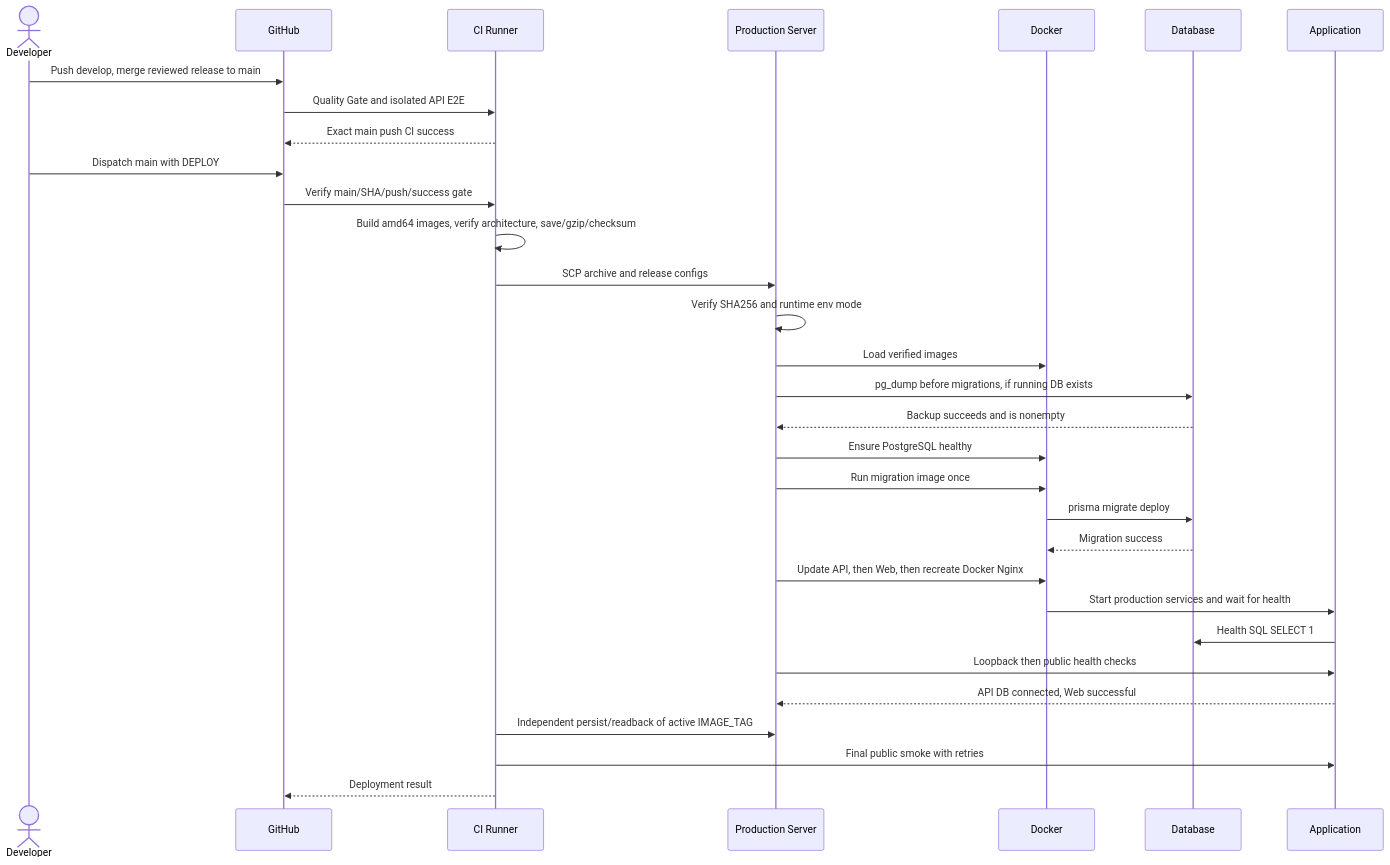
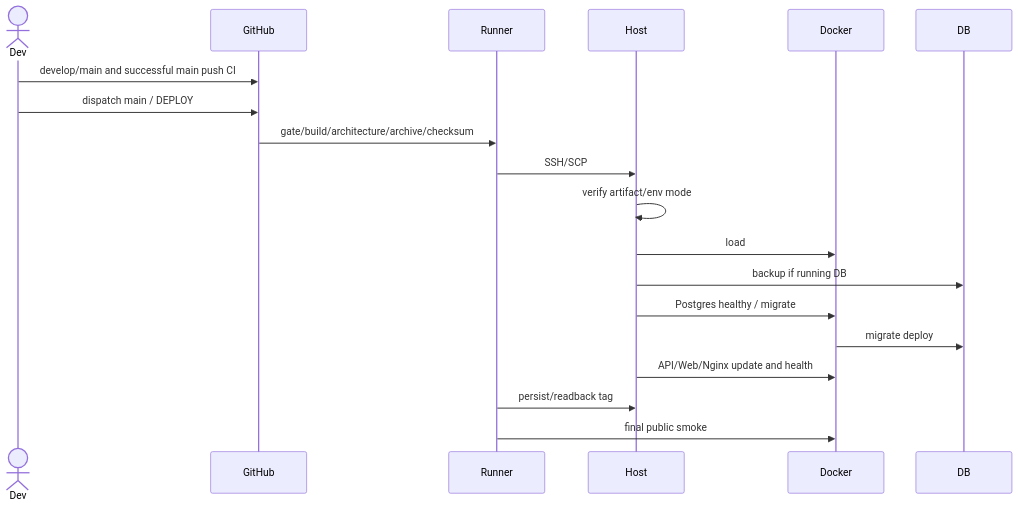
One commit to Maimai10808/chainpass changed the fourth of 4 diagrams in docs/ARCHITECTURE_AND_DEPLOYMENT.md. Above: the diagram before and after it, drawn with Mermaid. The commit also changed other lines of this file and 21 other files, not shown here.

````diff
--- a/docs/ARCHITECTURE_AND_DEPLOYMENT.md
+++ b/docs/ARCHITECTURE_AND_DEPLOYMENT.md
@@ -418,33 +313,21 @@
 ```mermaid
 sequenceDiagram
-    actor Developer
-    participant GitHub
-    participant CI as CI Runner
-    participant Host as Production Server
-    participant Docker
-    participant DB as Database
-    participant App as Application
-    Developer->>GitHub: Push develop, merge reviewed release to main
-    GitHub->>CI: Quality Gate and isolated API E2E
-    CI-->>GitHub: Exact main push CI success
-    Developer->>GitHub: Dispatch main with DEPLOY
-    GitHub->>CI: Verify main/SHA/push/success gate
-    CI->>CI: Build amd64 images, verify architecture, save/gzip/checksum
-    CI->>Host: SCP archive and release configs
-    Host->>Host: Verify SHA256 and runtime env mode
-    Host->>Docker: Load verified images
-    Host->>DB: pg_dump before migrations, if running DB exists
-    DB-->>Host: Backup succeeds and is nonempty
-    Host->>Docker: Ensure PostgreSQL healthy
-    Host->>Docker: Run migration image once
-    Docker->>DB: prisma migrate deploy
-    DB-->>Docker: Migration success
-    Host->>Docker: Update API, then Web, then recreate Docker Nginx
-    Docker->>App: Start production services and wait for health
-    App->>DB: Health SQL SELECT 1
-    Host->>App: Loopback then public health checks
-    App-->>Host: API DB connected, Web successful
-    CI->>Host: Independent persist/readback of active IMAGE_TAG
-    CI->>App: Final public smoke with retries
-    CI-->>GitHub: Deployment result
+    actor Dev
+    participant GH as GitHub
+    participant R as Runner
+    participant H as Host
+    participant D as Docker
+    participant DB
+    Dev->>GH: develop/main and successful main push CI
+    Dev->>GH: dispatch main / DEPLOY
+    GH->>R: gate/build/architecture/archive/checksum
+    R->>H: SSH/SCP
+    H->>H: verify artifact/env mode
+    H->>D: load
+    H->>DB: backup if running DB
+    H->>D: Postgres healthy / migrate
+    D->>DB: migrate deploy
+    H->>D: API/Web/Nginx update and health
+    R->>H: persist/readback tag
+    R->>D: final public smoke
 ```
````
